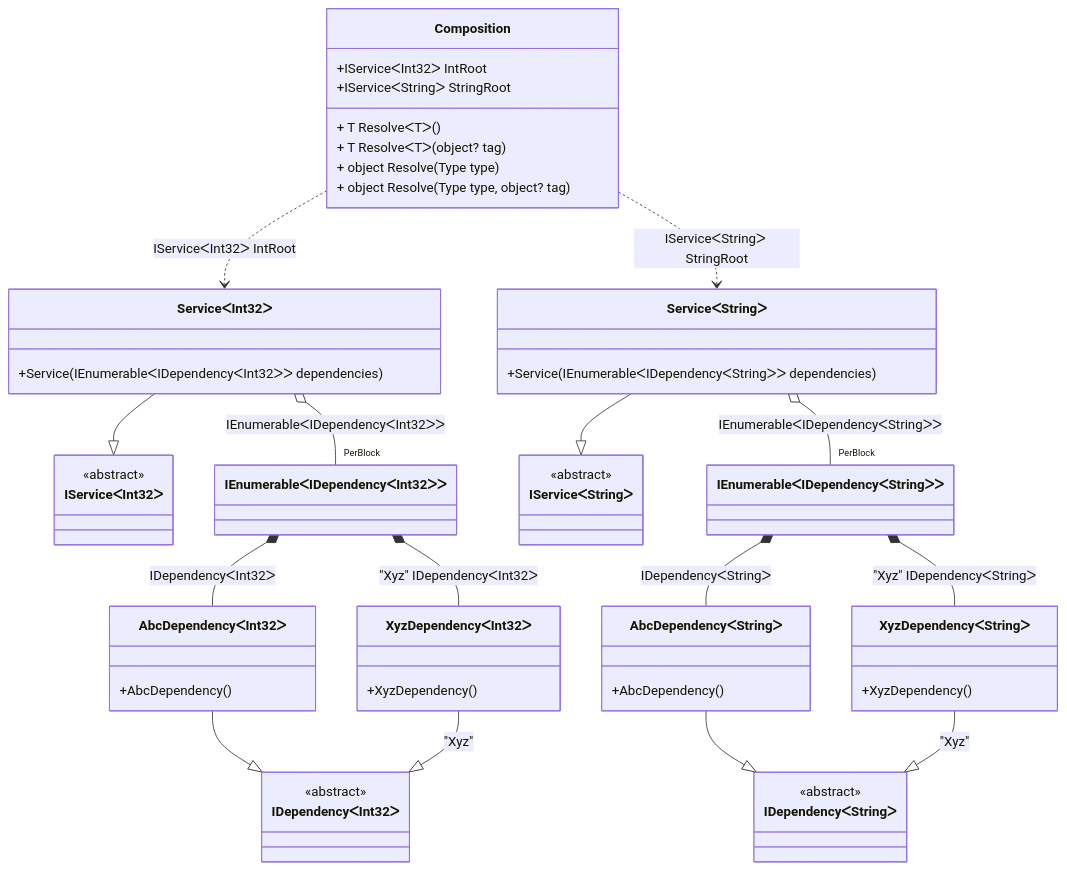
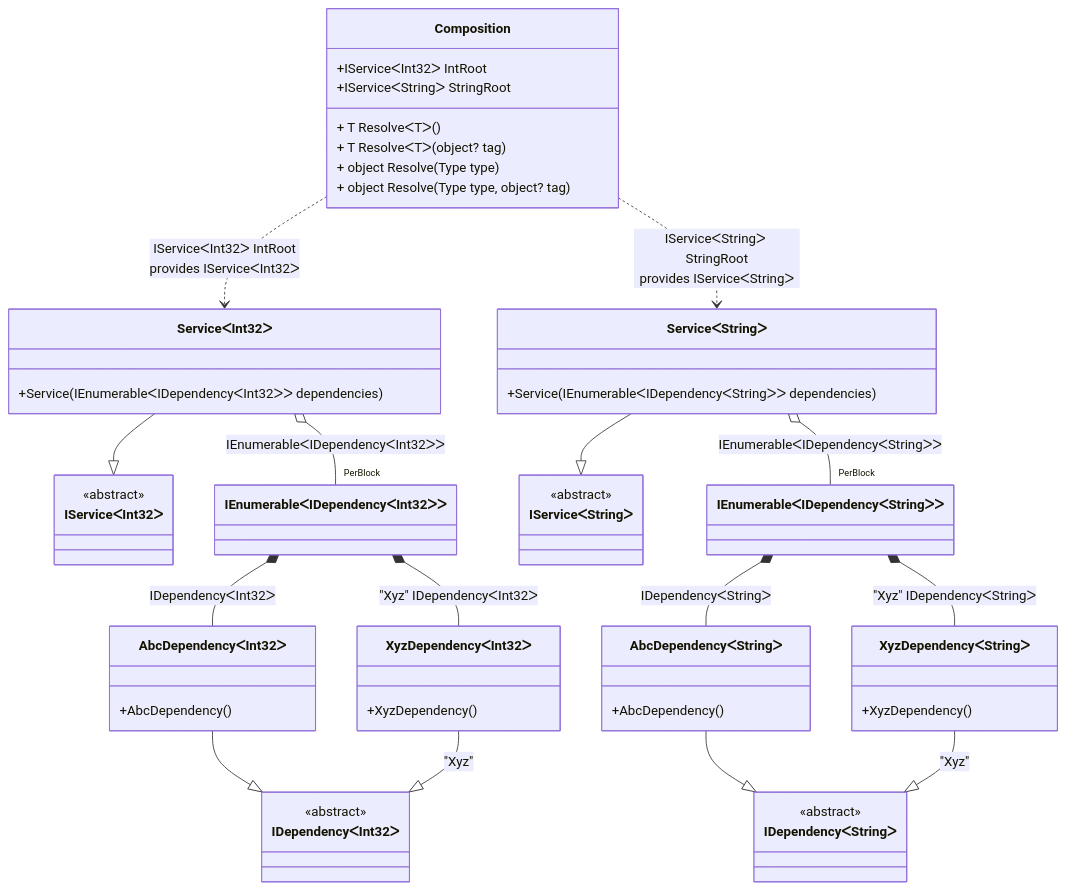
The diagram in readme/enumerable-generics.md (DevTeam/Pure.DI), drawn with Mermaid before and after one commit. The commit also changed other lines of this file and 73 other files, not shown here.

````diff
--- a/readme/enumerable-generics.md
+++ b/readme/enumerable-generics.md
@@ -46,57 +46,57 @@
 ```mermaid
 classDiagram
   class Composition {
     +IServiceᐸInt32ᐳ IntRoot
     +IServiceᐸStringᐳ StringRoot
     + T ResolveᐸTᐳ()
     + T ResolveᐸTᐳ(object? tag)
     + object Resolve(Type type)
     + object Resolve(Type type, object? tag)
   }
   class IEnumerableᐸIDependencyᐸStringᐳᐳ
   class IEnumerableᐸIDependencyᐸInt32ᐳᐳ
   AbcDependencyᐸStringᐳ --|> IDependencyᐸStringᐳ : 
   class AbcDependencyᐸStringᐳ {
     +AbcDependency()
   }
   XyzDependencyᐸStringᐳ --|> IDependencyᐸStringᐳ : "Xyz" 
   class XyzDependencyᐸStringᐳ {
     +XyzDependency()
   }
   AbcDependencyᐸInt32ᐳ --|> IDependencyᐸInt32ᐳ : 
   class AbcDependencyᐸInt32ᐳ {
     +AbcDependency()
   }
   XyzDependencyᐸInt32ᐳ --|> IDependencyᐸInt32ᐳ : "Xyz" 
   class XyzDependencyᐸInt32ᐳ {
     +XyzDependency()
   }
   ServiceᐸInt32ᐳ --|> IServiceᐸInt32ᐳ : 
   class ServiceᐸInt32ᐳ {
     +Service(IEnumerableᐸIDependencyᐸInt32ᐳᐳ dependencies)
   }
   ServiceᐸStringᐳ --|> IServiceᐸStringᐳ : 
   class ServiceᐸStringᐳ {
     +Service(IEnumerableᐸIDependencyᐸStringᐳᐳ dependencies)
   }
   class IDependencyᐸStringᐳ {
     <<abstract>>
   }
   class IDependencyᐸInt32ᐳ {
     <<abstract>>
   }
   class IServiceᐸInt32ᐳ {
     <<abstract>>
   }
   class IServiceᐸStringᐳ {
     <<abstract>>
   }
   IEnumerableᐸIDependencyᐸStringᐳᐳ *--  AbcDependencyᐸStringᐳ : IDependencyᐸStringᐳ
   IEnumerableᐸIDependencyᐸStringᐳᐳ *--  XyzDependencyᐸStringᐳ : "Xyz"  IDependencyᐸStringᐳ
   IEnumerableᐸIDependencyᐸInt32ᐳᐳ *--  AbcDependencyᐸInt32ᐳ : IDependencyᐸInt32ᐳ
   IEnumerableᐸIDependencyᐸInt32ᐳᐳ *--  XyzDependencyᐸInt32ᐳ : "Xyz"  IDependencyᐸInt32ᐳ
-  Composition ..> ServiceᐸInt32ᐳ : IServiceᐸInt32ᐳ IntRoot
-  Composition ..> ServiceᐸStringᐳ : IServiceᐸStringᐳ StringRoot
+  Composition ..> ServiceᐸInt32ᐳ : IServiceᐸInt32ᐳ IntRoot<br/>provides IServiceᐸInt32ᐳ
+  Composition ..> ServiceᐸStringᐳ : IServiceᐸStringᐳ StringRoot<br/>provides IServiceᐸStringᐳ
   ServiceᐸInt32ᐳ o--  "PerBlock" IEnumerableᐸIDependencyᐸInt32ᐳᐳ : IEnumerableᐸIDependencyᐸInt32ᐳᐳ
   ServiceᐸStringᐳ o--  "PerBlock" IEnumerableᐸIDependencyᐸStringᐳᐳ : IEnumerableᐸIDependencyᐸStringᐳᐳ
 ```
````
